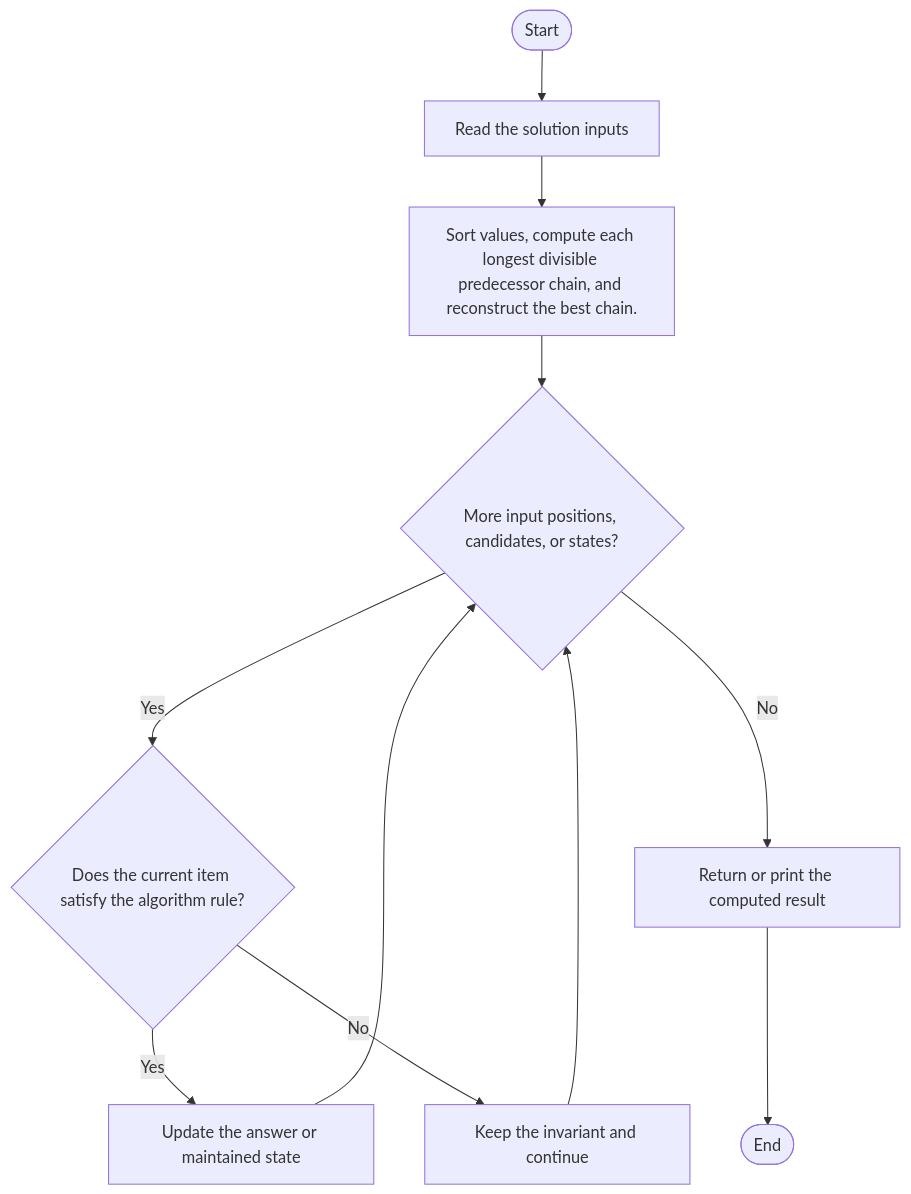
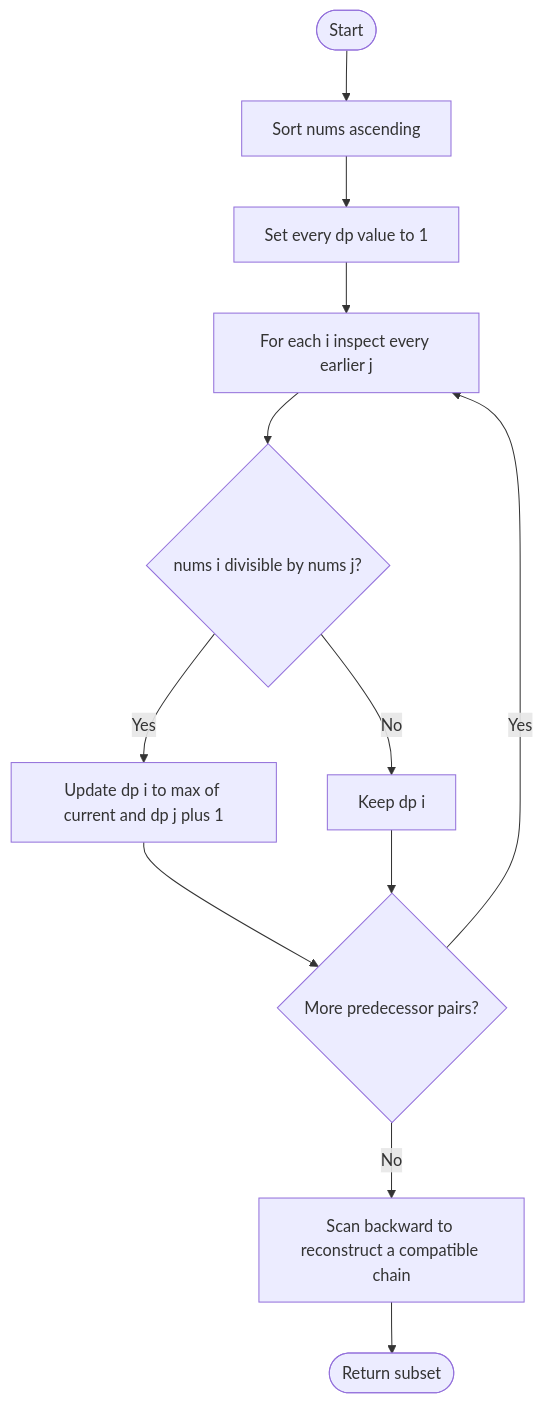
Before and after one commit to SAIDEEPBHANGE/C-CPP-Codes: the diagram in LeetCode/368/README.md, drawn with Mermaid. The commit also changed other lines of this file and 196 other files, not shown here.

````diff
--- a/LeetCode/368/README.md
+++ b/LeetCode/368/README.md
@@ -22,13 +34,14 @@
 ```mermaid
 flowchart TD
-    S([Start]) --> I[Read the solution inputs]
-    I --> P["Sort values, compute each longest divisible predecessor chain, and reconstruct the best chain."]
-    P --> L{More input positions, candidates, or states?}
-    L -- Yes --> T{Does the current item satisfy the algorithm rule?}
-    T -- Yes --> U[Update the answer or maintained state]
-    T -- No --> N[Keep the invariant and continue]
-    U --> L
-    N --> L
-    L -- No --> R[Return or print the computed result]
-    R --> E([End])
+    A([Start]) --> B[Sort nums ascending]
+    B --> C[Set every dp value to 1]
+    C --> D[For each i inspect every earlier j]
+    D --> E{nums i divisible by nums j?}
+    E -- Yes --> F[Update dp i to max of current and dp j plus 1]
+    E -- No --> G[Keep dp i]
+    F --> H{More predecessor pairs?}
+    G --> H
+    H -- Yes --> D
+    H -- No --> I[Scan backward to reconstruct a compatible chain]
+    I --> J([Return subset])
 ```
````
